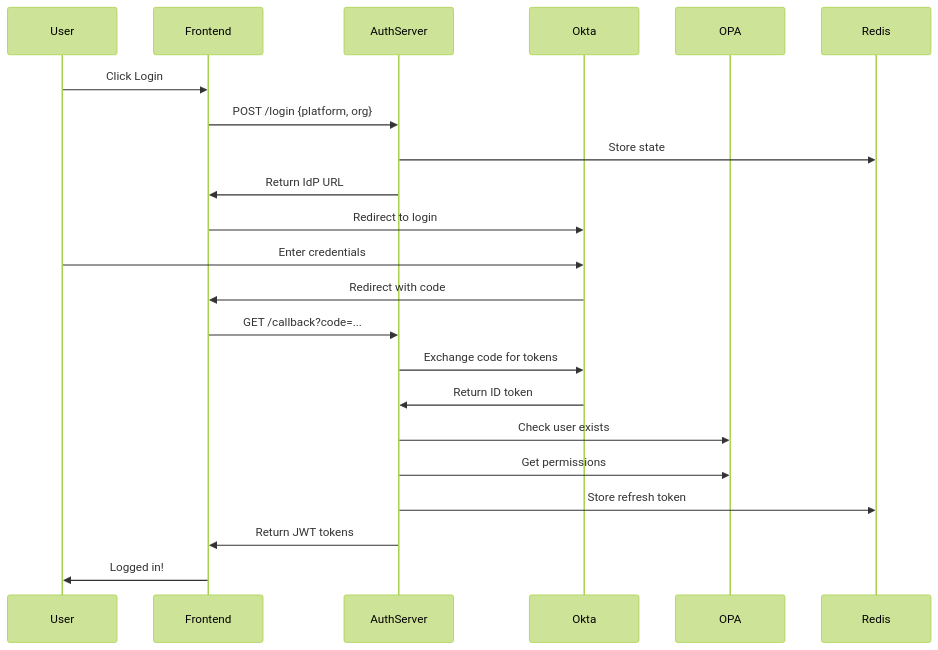
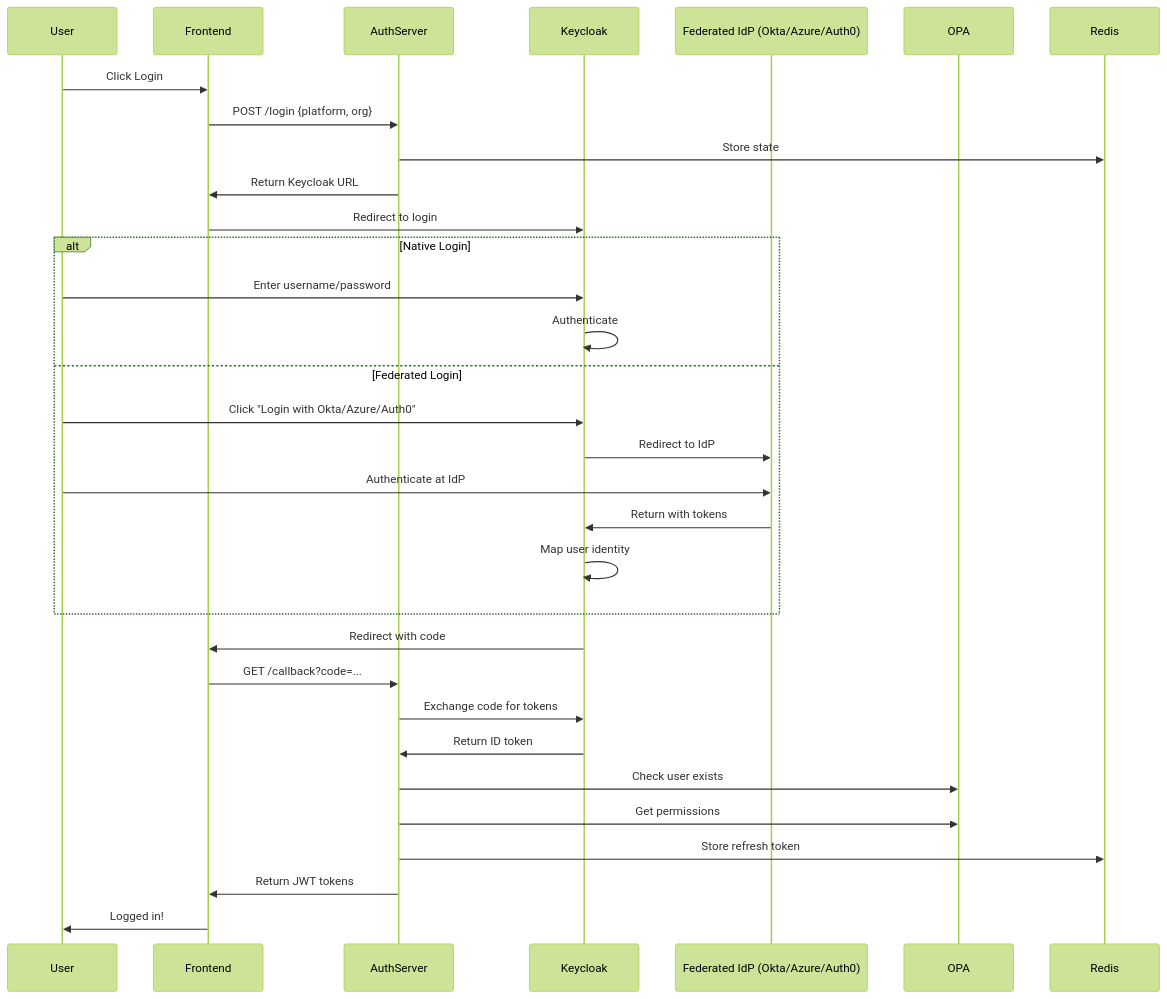
Before and after one commit to Shidhanta95/Autherization-Server: the third of 4 diagrams in v2/docs/architecture.md, drawn with Mermaid (forest theme). The commit also changed other lines of this file and 11 other files, not shown here.

Commit message:
added federated sso login for authentication

````diff
--- a/v2/docs/architecture.md
+++ b/v2/docs/architecture.md
@@ -153,25 +176,37 @@
 ```mermaid
 sequenceDiagram
     participant User
     participant Frontend
     participant AuthServer
-    participant IdP as Okta
+    participant Keycloak
+    participant IdP as Federated IdP (Okta/Azure/Auth0)
     participant OPA
     participant Redis
 
     User->>Frontend: Click Login
     Frontend->>AuthServer: POST /login {platform, org}
     AuthServer->>Redis: Store state
-    AuthServer->>Frontend: Return IdP URL
-    Frontend->>IdP: Redirect to login
-    User->>IdP: Enter credentials
-    IdP->>Frontend: Redirect with code
+    AuthServer->>Frontend: Return Keycloak URL
+    Frontend->>Keycloak: Redirect to login
+    
+    alt Native Login
+        User->>Keycloak: Enter username/password
+        Keycloak->>Keycloak: Authenticate
+    else Federated Login
+        User->>Keycloak: Click "Login with Okta/Azure/Auth0"
+        Keycloak->>IdP: Redirect to IdP
+        User->>IdP: Authenticate at IdP
+        IdP->>Keycloak: Return with tokens
+        Keycloak->>Keycloak: Map user identity
+    end
+    
+    Keycloak->>Frontend: Redirect with code
     Frontend->>AuthServer: GET /callback?code=...
-    AuthServer->>IdP: Exchange code for tokens
-    IdP->>AuthServer: Return ID token
+    AuthServer->>Keycloak: Exchange code for tokens
+    Keycloak->>AuthServer: Return ID token
     AuthServer->>OPA: Check user exists
     AuthServer->>OPA: Get permissions
     AuthServer->>Redis: Store refresh token
     AuthServer->>Frontend: Return JWT tokens
     Frontend->>User: Logged in!
 ```
````
